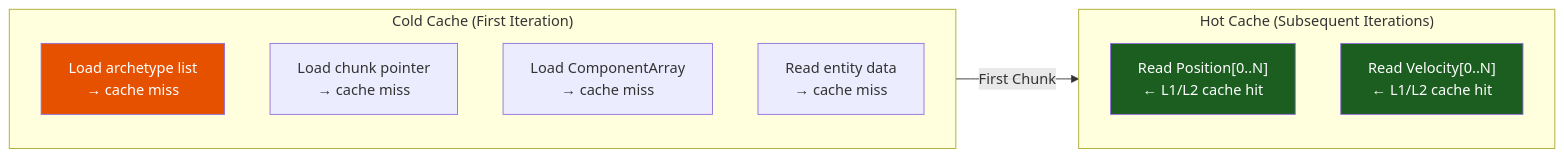
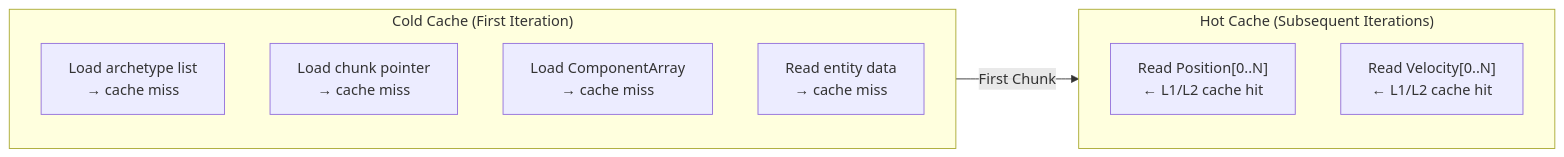
One commit to gilmar-sales/Freyr changed the fourth of 4 diagrams in docs/concepts/memory-layout.md. Above: the diagram before and after it, drawn with Mermaid. The commit also changed other lines of this file and 8 other files, not shown here.

Commit message:
docs(diagrams): remove mermaid diagram styling directives

````diff
--- a/docs/concepts/memory-layout.md
+++ b/docs/concepts/memory-layout.md
@@ -243,20 +235,17 @@
 ```mermaid
 graph LR
     subgraph Cold["Cold Cache (First Iteration)"]
         MISS["Load archetype list<br/>→ cache miss"]
         CHUNK_MISS["Load chunk pointer<br/>→ cache miss"]
         ARRAY_MISS["Load ComponentArray<br/>→ cache miss"]
         DATA_MISS["Read entity data<br/>→ cache miss"]
     end
 
     subgraph Hot["Hot Cache (Subsequent Iterations)"]
         HIT_POS["Read Position[0..N]<br/>← L1/L2 cache hit"]
         HIT_VEL["Read Velocity[0..N]<br/>← L1/L2 cache hit"]
     end
 
     Cold -->|First Chunk| Hot
 
-    style MISS fill:#E65100,color:#fff
-    style HIT_POS fill:#1B5E20,color:#fff
-    style HIT_VEL fill:#1B5E20,color:#fff
 ```
````
